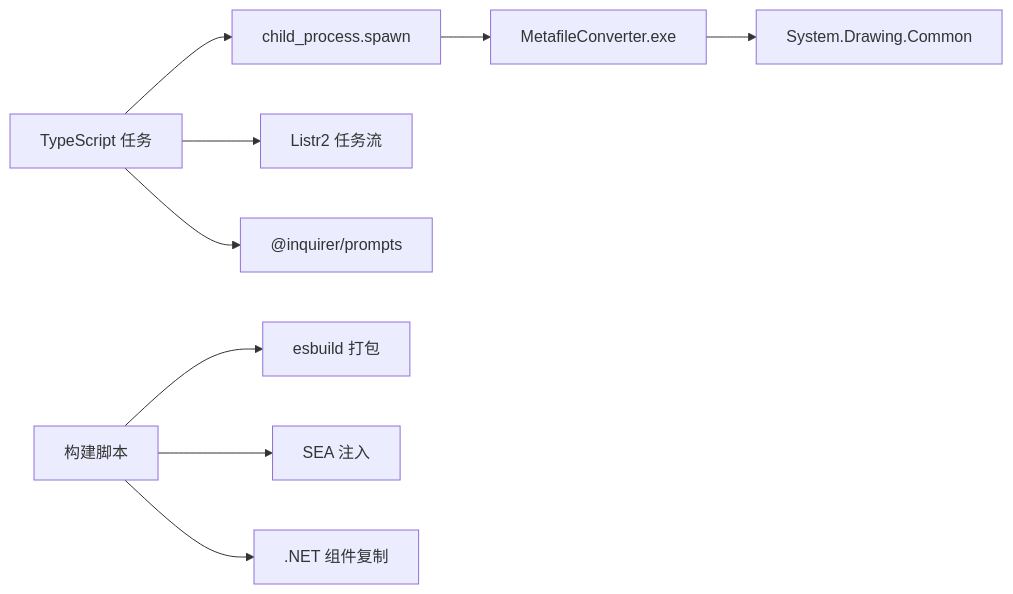
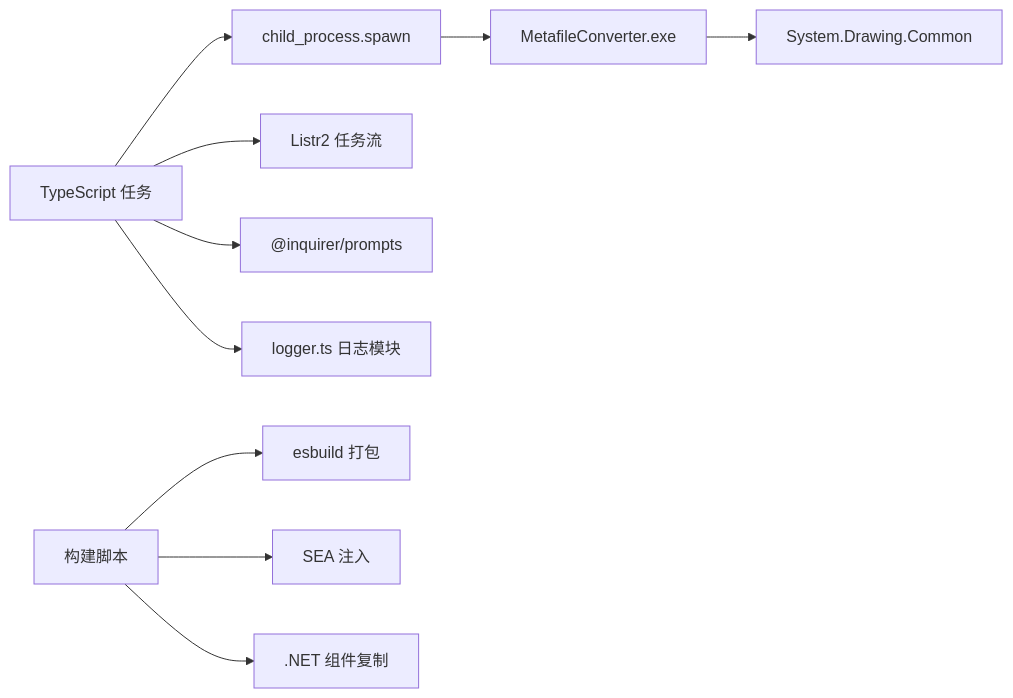
One commit to hllshiro/doc2md-cli changed the seventh of 7 diagrams in .qoder/repowiki/zh/content/矢量媒体处理.md. Above: the diagram before and after it, drawn with Mermaid. The commit also changed other lines of this file and 5 other files, not shown here.

````diff
--- a/.qoder/repowiki/zh/content/矢量媒体处理.md
+++ b/.qoder/repowiki/zh/content/矢量媒体处理.md
@@ -322,11 +364,12 @@
 ```mermaid
 graph LR
 TS["TypeScript 任务"] --> SPAWN["child_process.spawn"]
 SPAWN --> EXE["MetafileConverter.exe"]
 EXE --> GDI["System.Drawing.Common"]
 TS --> LISTR["Listr2 任务流"]
 TS --> INQ["@inquirer/prompts"]
+TS --> LOGGER["logger.ts 日志模块"]
 BUILD["构建脚本"] --> ESBUILD["esbuild 打包"]
 BUILD --> SEA["SEA 注入"]
 BUILD --> COPY[".NET 组件复制"]
 ```
````
